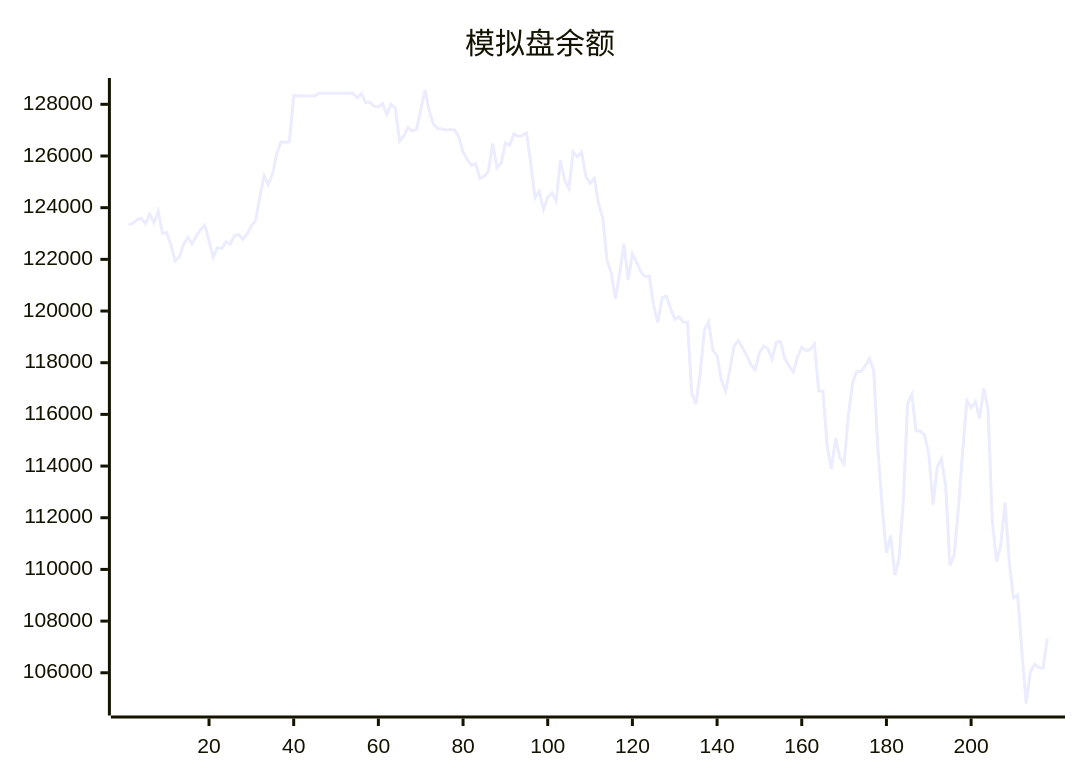
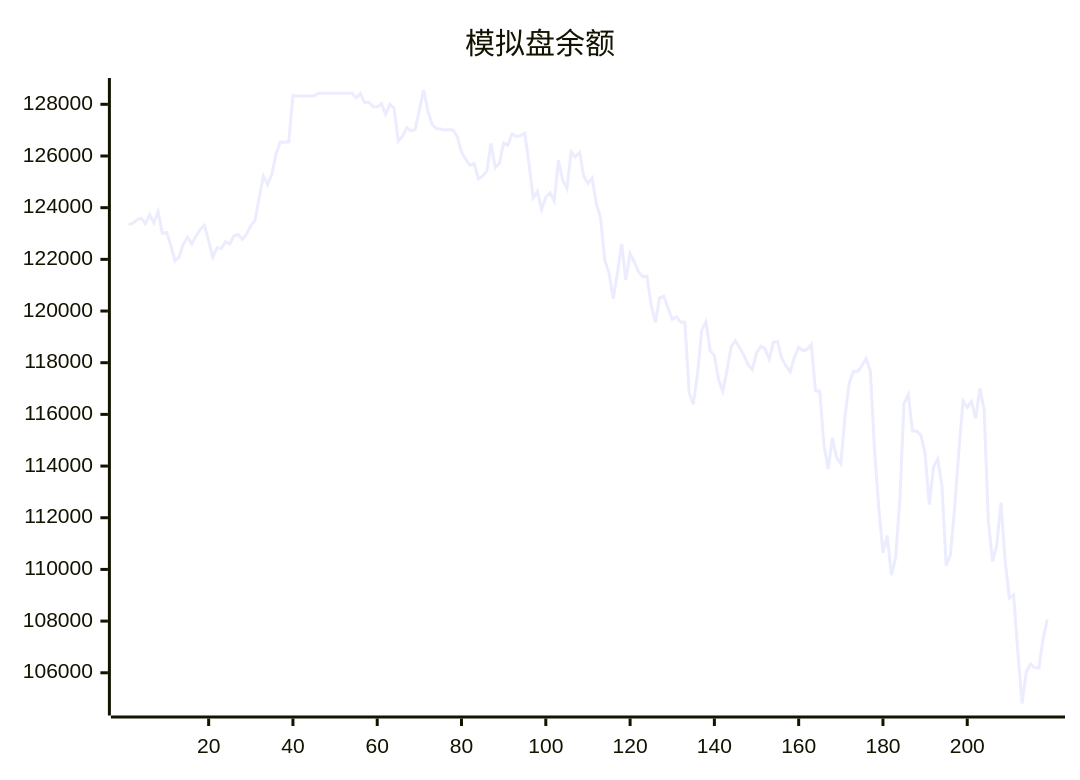
Before and after one commit to aahl/ai-trading: the diagram in README.md, drawn with Mermaid. The commit also changed other lines of this file and 1 other file, not shown here.

````diff
--- a/README.md
+++ b/README.md
@@ -5,5 +5,5 @@
 ```mermaid
 xychart
     title "模拟盘余额"
-    line [123338,123402,123530,123592,123378,123745,123413,123853,123009,123040,122557,121938,122095,122599,122856,122597,122898,123160,123319,122719,122087,122454,122416,122685,122592,122907,122961,122776,122981,123295,123507,124403,125224,124894,125303,126088,126544,126534,126549,128335,128318,128318,128318,128318,128318,128424,128424,128424,128424,128424,128424,128424,128424,128424,128247,128412,128062,128087,127917,127901,128026,127611,128000,127850,126572,126770,127100,126971,127029,127783,128554,127765,127224,127064,127044,127009,127025,127004,126738,126152,125871,125635,125707,125117,125217,125420,126480,125545,125715,126511,126424,126856,126764,126788,126890,125710,124381,124632,123936,124402,124574,124256,125833,125070,124739,126154,125966,126145,125213,124943,125143,124157,123604,121959,121476,120476,121470,122610,121201,122221,121889,121522,121332,121344,120232,119559,120513,120577,120108,119680,119777,119572,119568,116839,116392,117573,119250,119585,118469,118277,117338,116897,117706,118628,118849,118579,118280,117926,117735,118373,118639,118544,118136,118798,118819,118162,117874,117649,118215,118601,118463,118517,118713,116911,116899,114798,113887,115084,114313,114091,115934,117221,117658,117658,117883,118164,117693,114632,112403,110644,111313,109777,110444,112673,116419,116772,115355,115355,115198,114476,112510,113954,114276,113223,110151,110561,112361,114562,116522,116265,116500,115845,117000,116199,111887,110306,110942,112588,110318,108891,109011,106814,104811,106038,106327,106201,106180,107315]
+    line [123338,123402,123530,123592,123378,123745,123413,123853,123009,123040,122557,121938,122095,122599,122856,122597,122898,123160,123319,122719,122087,122454,122416,122685,122592,122907,122961,122776,122981,123295,123507,124403,125224,124894,125303,126088,126544,126534,126549,128335,128318,128318,128318,128318,128318,128424,128424,128424,128424,128424,128424,128424,128424,128424,128247,128412,128062,128087,127917,127901,128026,127611,128000,127850,126572,126770,127100,126971,127029,127783,128554,127765,127224,127064,127044,127009,127025,127004,126738,126152,125871,125635,125707,125117,125217,125420,126480,125545,125715,126511,126424,126856,126764,126788,126890,125710,124381,124632,123936,124402,124574,124256,125833,125070,124739,126154,125966,126145,125213,124943,125143,124157,123604,121959,121476,120476,121470,122610,121201,122221,121889,121522,121332,121344,120232,119559,120513,120577,120108,119680,119777,119572,119568,116839,116392,117573,119250,119585,118469,118277,117338,116897,117706,118628,118849,118579,118280,117926,117735,118373,118639,118544,118136,118798,118819,118162,117874,117649,118215,118601,118463,118517,118713,116911,116899,114798,113887,115084,114313,114091,115934,117221,117658,117658,117883,118164,117693,114632,112403,110644,111313,109777,110444,112673,116419,116772,115355,115355,115198,114476,112510,113954,114276,113223,110151,110561,112361,114562,116522,116265,116500,115845,117000,116199,111887,110306,110942,112588,110318,108891,109011,106814,104811,106038,106327,106201,106180,107315,108068]
 ```
````
